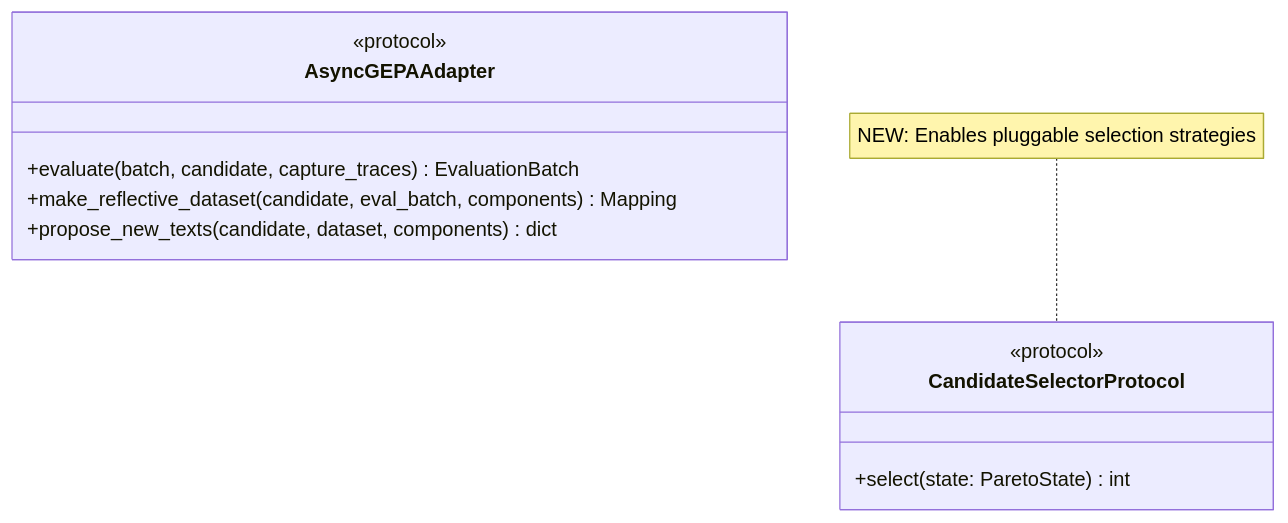
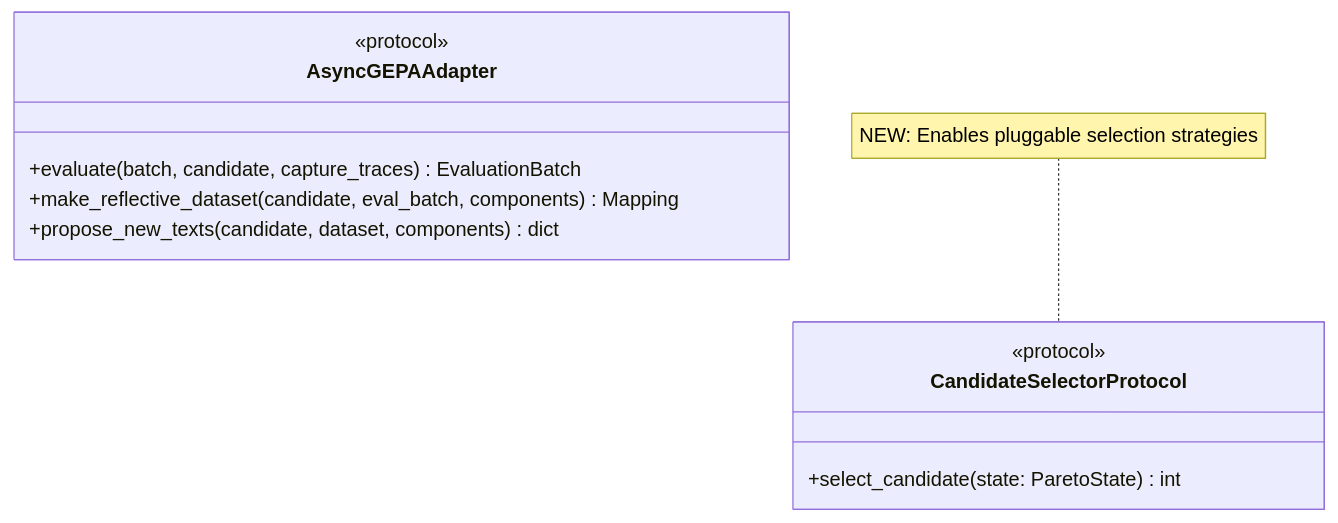
Before and after one commit to Alberto-Codes/gepa-adk: the third of 13 diagrams in specs/022-pareto-frontier/architecture.md, drawn with Mermaid. The commit also changed other lines of this file, not shown here.

Commit message:
refactor(architecture): Rename select method to select_candidate in CandidateSelectorProtocol and update related references

````diff
--- a/specs/022-pareto-frontier/architecture.md
+++ b/specs/022-pareto-frontier/architecture.md
@@ -119,16 +119,16 @@
 ```mermaid
 classDiagram
     class CandidateSelectorProtocol {
         <<protocol>>
-        +select(state: ParetoState) int
+        +select_candidate(state: ParetoState) int
     }
 
     class AsyncGEPAAdapter {
         <<protocol>>
         +evaluate(batch, candidate, capture_traces) EvaluationBatch
         +make_reflective_dataset(candidate, eval_batch, components) Mapping
         +propose_new_texts(candidate, dataset, components) dict
     }
 
     note for CandidateSelectorProtocol "NEW: Enables pluggable selection strategies"
 ```
````
